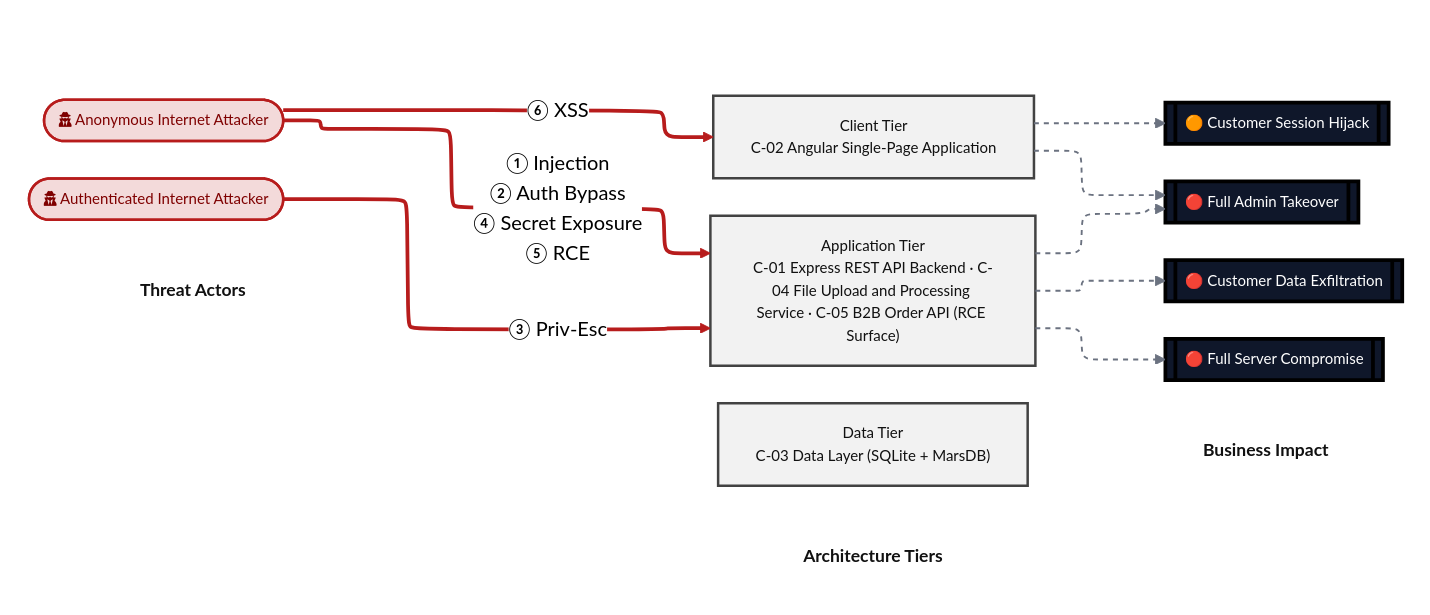
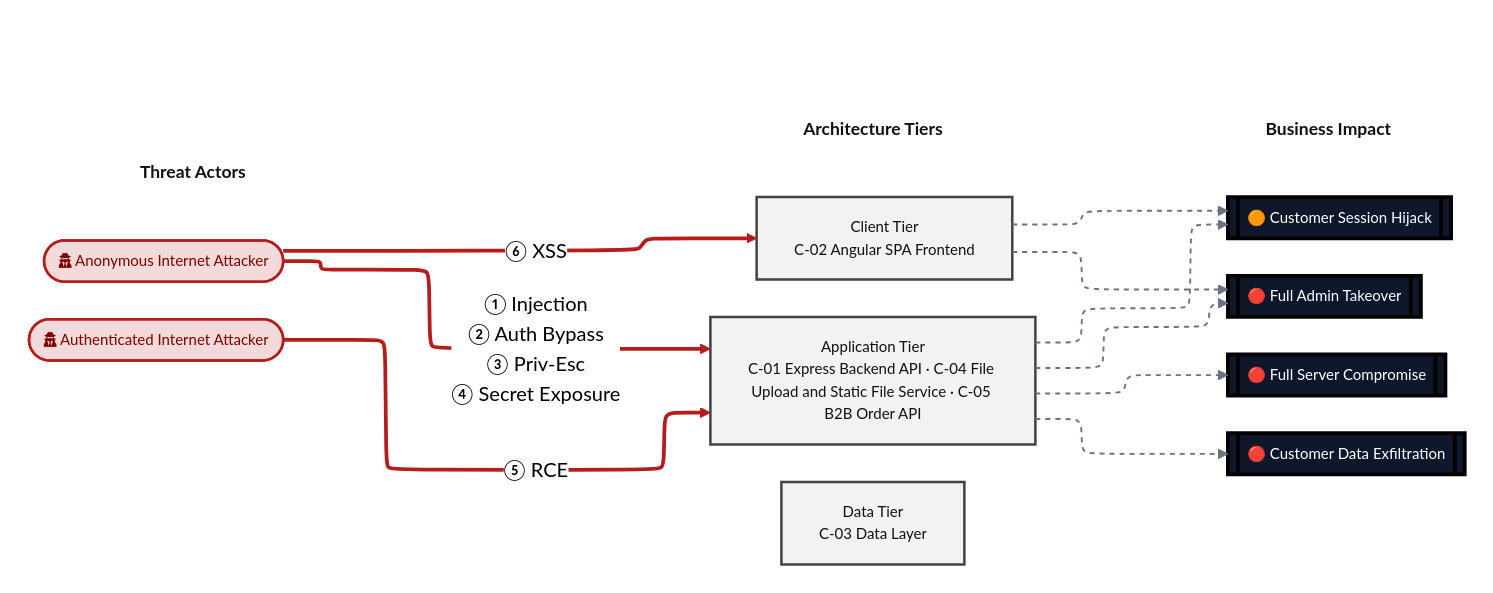
The second of 15 diagrams in examples/threat-modeler/threat-model-juice-shop-standard.md (appsec-foundry/appsec-advisor), drawn with Mermaid (neutral theme) before and after one commit. The commit also changed other lines of this file, not shown here.

````diff
--- a/examples/threat-modeler/threat-model-juice-shop-standard.md
+++ b/examples/threat-modeler/threat-model-juice-shop-standard.md
@@ -161,72 +172,73 @@
 ```mermaid
 %%{init: {"flowchart": {"defaultRenderer": "elk", "nodeSpacing": 45, "rankSpacing": 95}} }%%
 flowchart LR
     subgraph ACTORS[" "]
         direction TB
         HDR_A["<b>Threat Actors</b>"]:::columnHeader
         ANON(["fa:fa-user-secret Anonymous Internet Attacker"]):::actorAnon
         INTERNET_USER(["fa:fa-user-secret Authenticated Internet Attacker"]):::actorAnon
     end
 
     subgraph TIERS[" "]
         direction TB
         HDR_T["<b>Architecture Tiers</b>"]:::columnHeader
-        BROWSER["Client Tier<br/>C-02 Angular Single-Page Application"]:::tierClient
-        SERVER["Application Tier<br/>C-01 Express REST API Backend · C-04 File Upload and Processing Service · C-05 B2B Order API (RCE Surface)"]:::tierApp
-        DATA["Data Tier<br/>C-03 Data Layer (SQLite + MarsDB)"]:::tierData
+        BROWSER["Client Tier<br/>C-02 Angular SPA Frontend"]:::tierClient
+        SERVER["Application Tier<br/>C-01 Express Backend API · C-04 File Upload and Static File Service · C-05 B2B Order API"]:::tierApp
+        DATA["Data Tier<br/>C-03 Data Layer"]:::tierData
     end
 
     subgraph IMPACT[" "]
         direction TB
         HDR_I["<b>Business Impact</b>"]:::columnHeader
         CUSTOMER_SESSION_HIJACK[["🟠 Customer Session Hijack"]]:::impact
         FULL_ADMIN_TAKEOVER[["🔴 Full Admin Takeover"]]:::impact
         FULL_SERVER_COMPROMISE[["🔴 Full Server Compromise"]]:::impact
         CUSTOMER_DATA_EXFILTRATION[["🔴 Customer Data Exfiltration"]]:::impact
     end
 
     %% Invisible alignment hints. Two purposes:
     %%   (a) keep per-component alignment edges (e.g. ANON --- SERVER) so the
     %%       forward attack arrows route horizontally without crossing tier
     %%       boxes (the diagram is forward-only: actor → tier → impact, no
     %%       backward relay edges into the actor column);
     %%   (b) chain the three column headers (HDR_A, HDR_T, HDR_I) across
     %%       subgraph boundaries so ELK pins them on the same Y line.
     HDR_A --- HDR_T
     HDR_T --- HDR_I
     ANON --- SERVER
 
     %% Attack arrows
-    ANON ==>|" ① Injection<br/>② Auth Bypass<br/>④ Secret Exposure<br/>⑤ RCE  "| SERVER
-    INTERNET_USER ==>|" ③ Priv-Esc  "| SERVER
+    ANON ==>|" ① Injection<br/>② Auth Bypass<br/>③ Priv-Esc<br/>④ Secret Exposure  "| SERVER
+    INTERNET_USER ==>|" ⑤ RCE  "| SERVER
     ANON ==>|" ⑥ XSS  "| BROWSER
 
     %% Consequence arrows (tier → business impact, all LR-forward)
     SERVER -.-> FULL_ADMIN_TAKEOVER
     SERVER -.-> CUSTOMER_DATA_EXFILTRATION
+    SERVER -.-> CUSTOMER_SESSION_HIJACK
     SERVER -.-> FULL_SERVER_COMPROMISE
     BROWSER -.-> CUSTOMER_SESSION_HIJACK
     BROWSER -.-> FULL_ADMIN_TAKEOVER
 
     %% Subgraph frames invisible - column headers are emitted as the
     %% FIRST node of each subgraph (HDR_A / HDR_T / HDR_I) and pinned
     %% on the same Y line by the cross-subgraph alignment edges above.
     style ACTORS fill:none,stroke:none
     style TIERS  fill:none,stroke:none
     style IMPACT fill:none,stroke:none
 
     classDef tierClient fill:#f2f2f2,stroke:#424242,color:#111,stroke-width:2px,font-size:12px
     classDef tierApp    fill:#f2f2f2,stroke:#424242,color:#111,stroke-width:2px,font-size:12px
     classDef tierData   fill:#f2f2f2,stroke:#424242,color:#111,stroke-width:2px,font-size:12px
 
     classDef actorAnon     fill:#f3dada,stroke:#b71c1c,color:#7f0000,stroke-width:2px,font-size:12px
     classDef actorShopUser fill:#e8f1ea,stroke:#2e7d32,color:#1b5e20,stroke-width:2px,font-size:12px
     classDef impact        fill:#0f172a,stroke:#000,color:#fff,stroke-width:3px,font-size:12px
 
     classDef columnHeader  fill:none,stroke:none,color:#111,font-size:14px
 
     linkStyle 0,1,2     stroke:transparent,stroke-width:0px
     linkStyle 3,4,5     stroke:#b71c1c,stroke-width:3px
-    linkStyle 6,7,8,9,10     stroke:#6b7280,stroke-width:1.5px,stroke-dasharray:4
+    linkStyle 6,7,8,9,10,11     stroke:#6b7280,stroke-width:1.5px,stroke-dasharray:4
 
 ```
````
